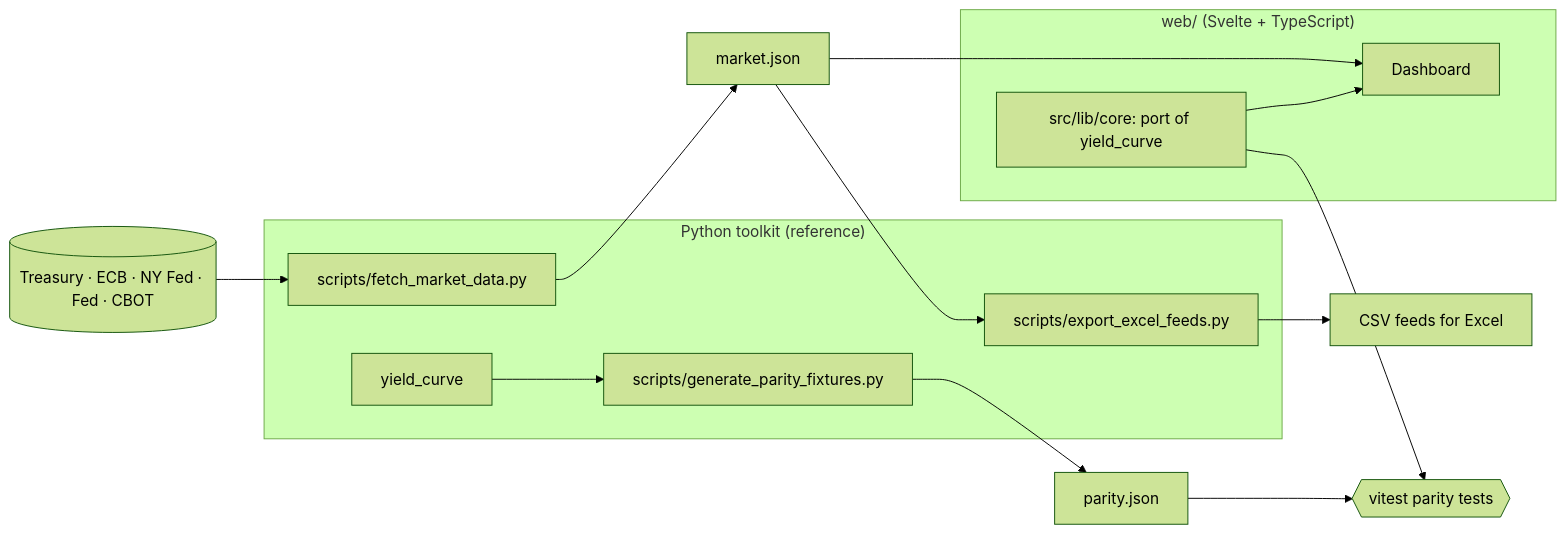
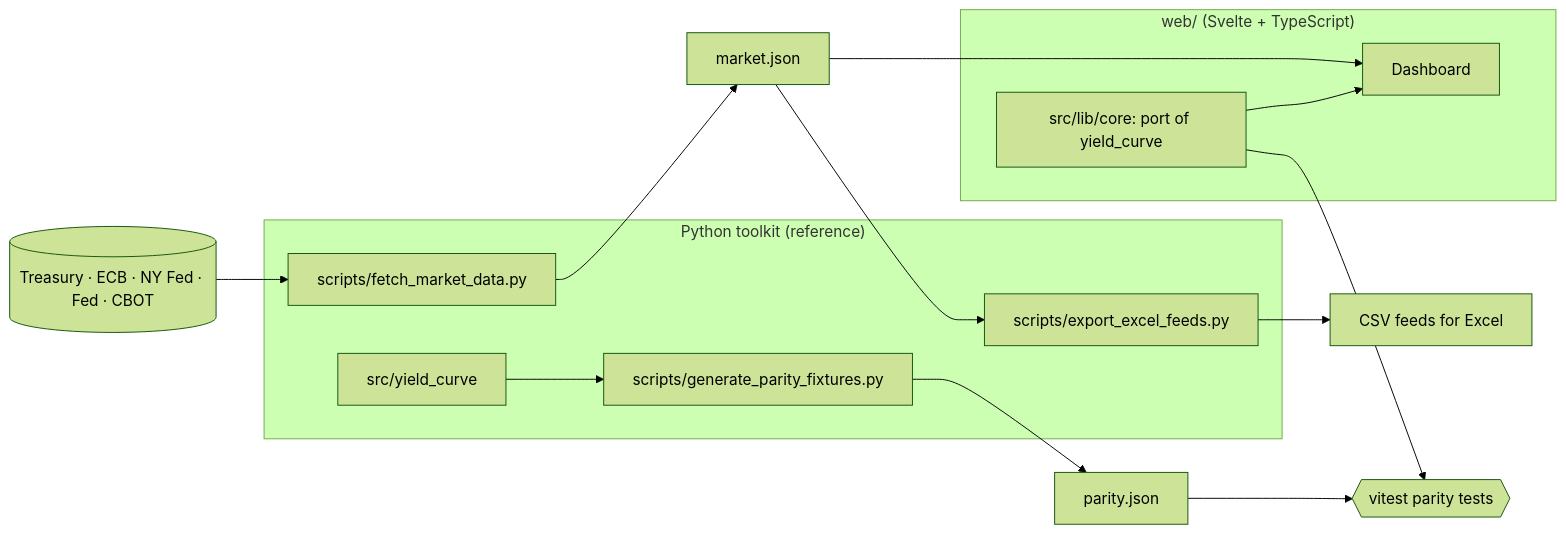
One commit to grzresearch/Yield-Curve-Deformation-SImulator- changed the diagram in README.md. Above: the diagram before and after it, drawn with Mermaid (forest theme). The commit also changed other lines of this file, not shown here.

````diff
--- a/README.md
+++ b/README.md
@@ -54,18 +586,18 @@
 ```mermaid
 flowchart LR
   subgraph Python["Python toolkit (reference)"]
-    YC[yield_curve]
+    YC[src/yield_curve]
     FETCH[scripts/fetch_market_data.py]
     FEEDS[scripts/export_excel_feeds.py]
     FIX[scripts/generate_parity_fixtures.py]
   end
   subgraph Web["web/ (Svelte + TypeScript)"]
     CORE[src/lib/core: port of yield_curve]
     UI[Dashboard]
   end
   APIs[(Treasury · ECB · NY Fed · Fed · CBOT)] --> FETCH --> JSON[market.json] --> UI
   JSON --> FEEDS --> CSV[CSV feeds for Excel]
   YC --> FIX --> GOLD[parity.json] --> TEST{{vitest parity tests}}
   CORE --> TEST
   CORE --> UI
 ```
````
